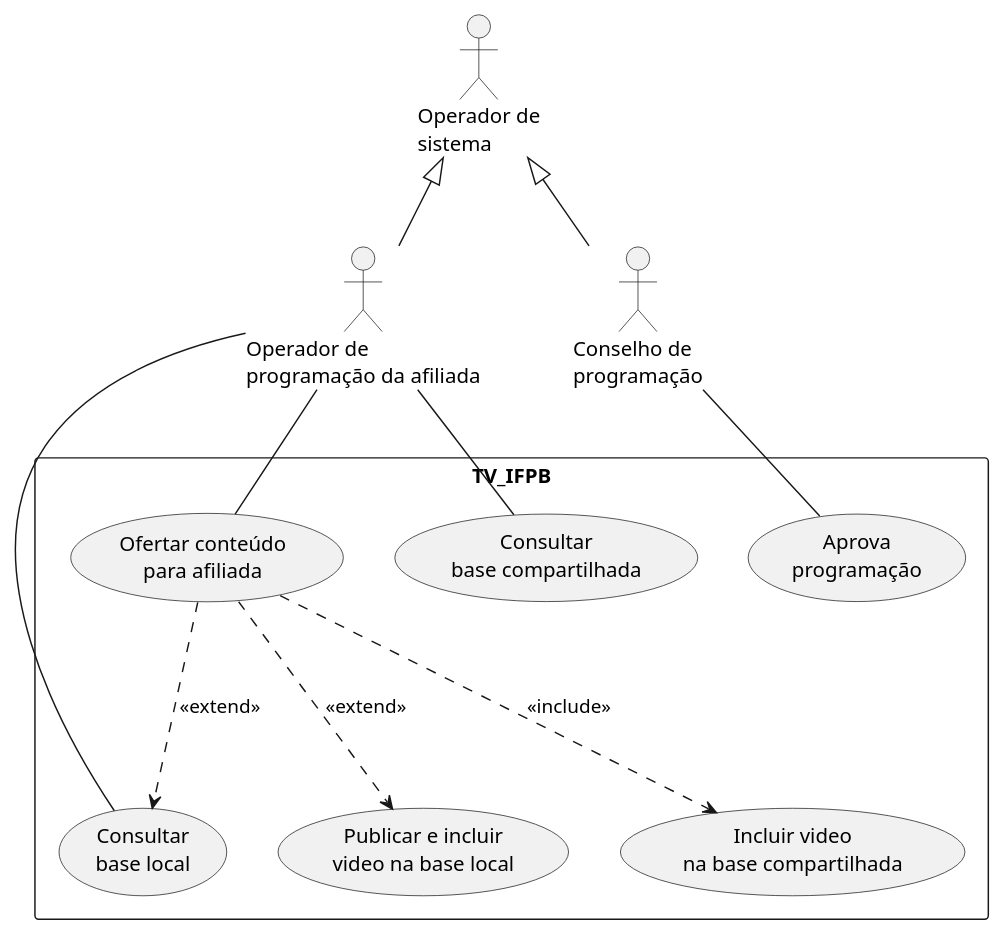
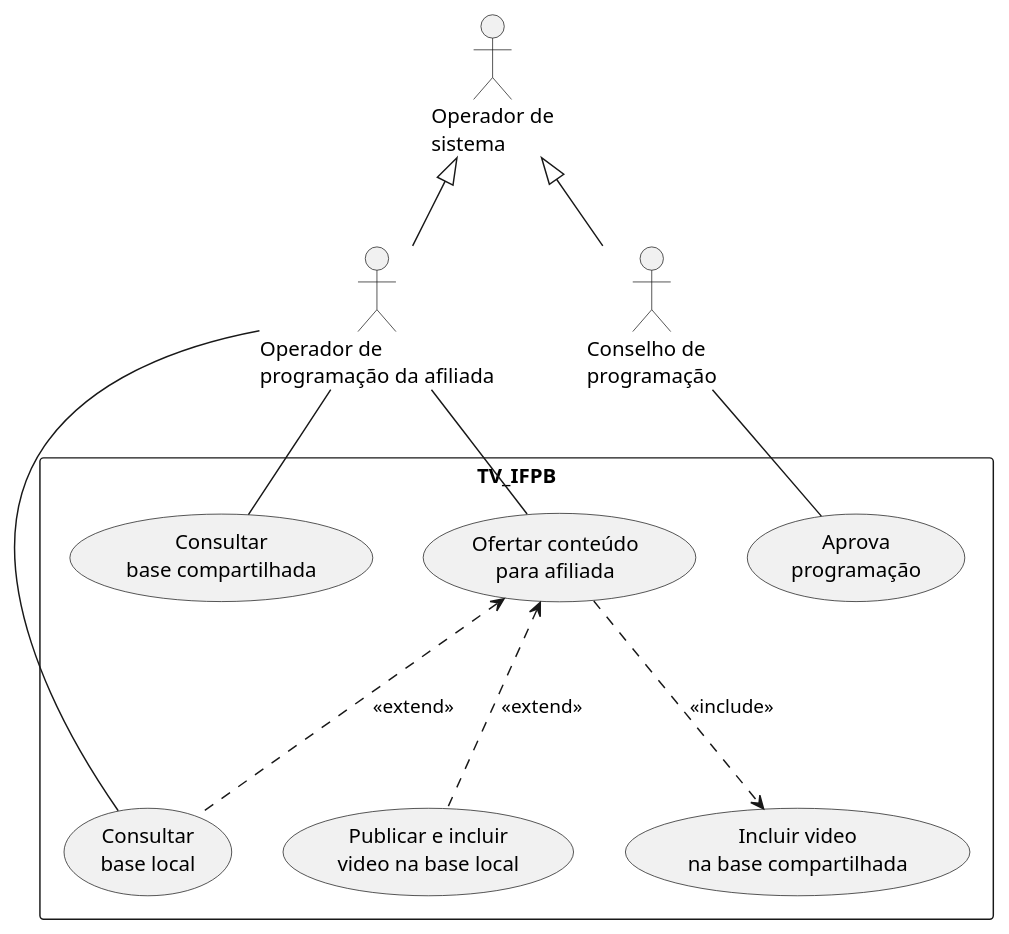
Before and after one commit to maxwellamaral/maxwellamaral.github.io: the diagram in docs/assets/puml/uml_usecase10.puml, drawn with PlantUML. The commit also changed 99 other files, not shown here.

Commit message:
🆕 Adicionado conteúdo relacionado aos diagramas UML

```diff
--- a/docs/assets/puml/uml_usecase10.puml
+++ b/docs/assets/puml/uml_usecase10.puml
@@ -1,36 +1,36 @@
 @startuml
 
 ' left to right direction
 skinparam packageStyle rectangle
 
 actor "Operador de\nsistema" as os
 actor "Operador de\nprogramação da afiliada" as opa
 actor "Conselho de\nprogramação" as cp
 
 rectangle TV_IFPB {
     (Consultar\nbase compartilhada) as cbc
     (Publicar e incluir\nvideo na base local) as pil
     (Consultar\nbase local) as cbl
     (Incluir video\nna base compartilhada) as ivg
     (Ofertar conteúdo\npara afiliada) as oca
     (Aprova\nprogramação) as ap
 
     os <|-- opa
     os <|-- cp
 
     cp -- ap
     ' os -- cbl
     opa -- cbc
     ' opa -- pil
     opa -- cbl
     opa -- oca
 
     ' inclusão
     oca -down..> ivg : <<include>>
 
     ' extensão
-    oca -down..> cbl : <<extend>>
-    oca -down..> pil : <<extend>>
+    cbl -up..> oca : <<extend>>
+    pil -up..> oca : <<extend>>
 }
 
 @enduml
```
